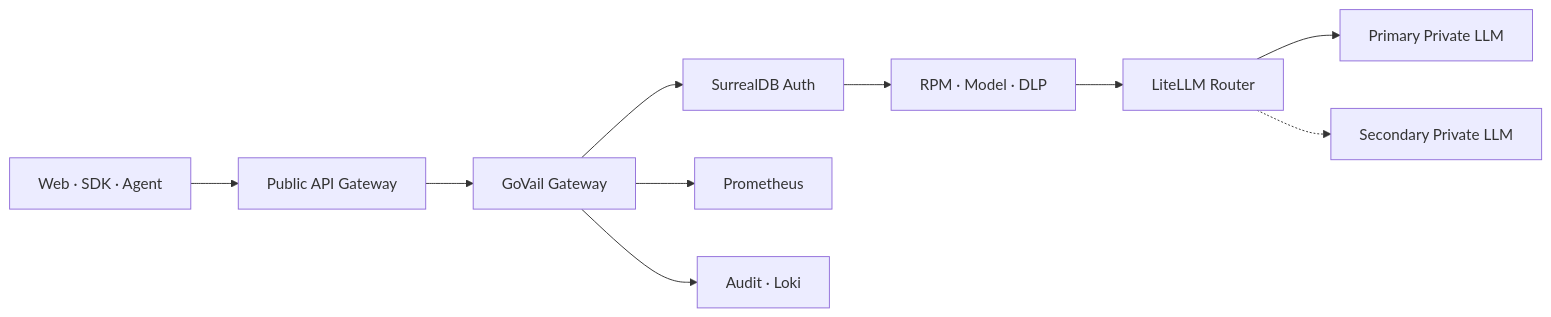
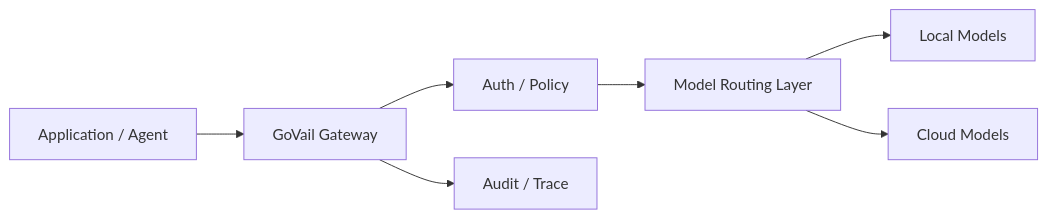
Before and after one commit to devcy0922/devcy0922.github.io: the first of 2 diagrams in docs/projects/govail-gateway.md, drawn with Mermaid. The commit also changed other lines of this file, not shown here.

````diff
--- a/docs/projects/govail-gateway.md
+++ b/docs/projects/govail-gateway.md
@@ -35,12 +54,9 @@
 ```mermaid
 flowchart LR
-    Client["Web · SDK · Agent"] --> Edge["Public API Gateway"]
-    Edge --> GoVail["GoVail Gateway"]
-    GoVail --> Auth["SurrealDB Auth"]
-    Auth --> Policy["RPM · Model · DLP"]
-    Policy --> Router["LiteLLM Router"]
-    Router --> Primary["Primary Private LLM"]
-    Router -.-> Secondary["Secondary Private LLM"]
-    GoVail --> Metrics["Prometheus"]
-    GoVail --> Audit["Audit · Loki"]
+    Client["Application / Agent"] --> Gateway["GoVail Gateway"]
+    Gateway --> Auth["Auth / Policy"]
+    Auth --> Upstream["Model Routing Layer"]
+    Upstream --> Local["Local Models"]
+    Upstream --> Cloud["Cloud Models"]
+    Gateway --> Audit["Audit / Trace"]
 ```
````
